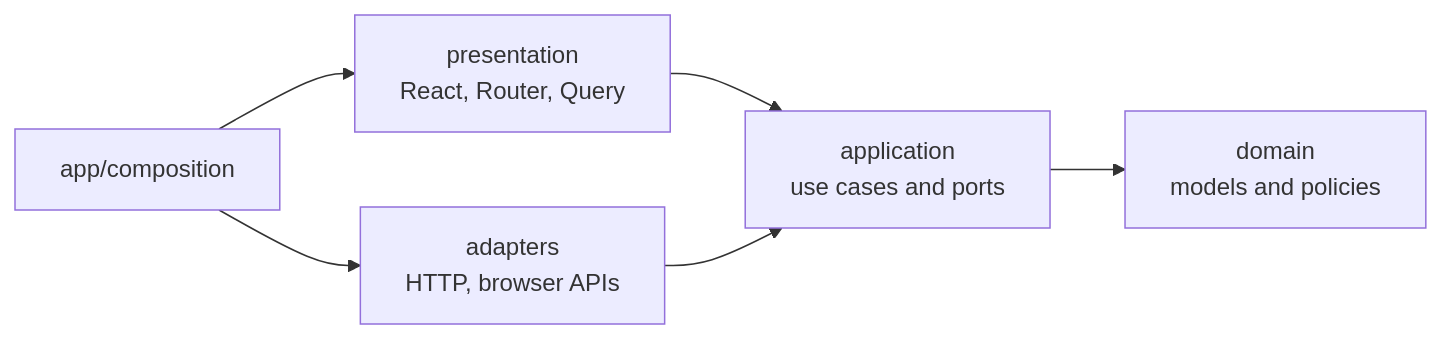
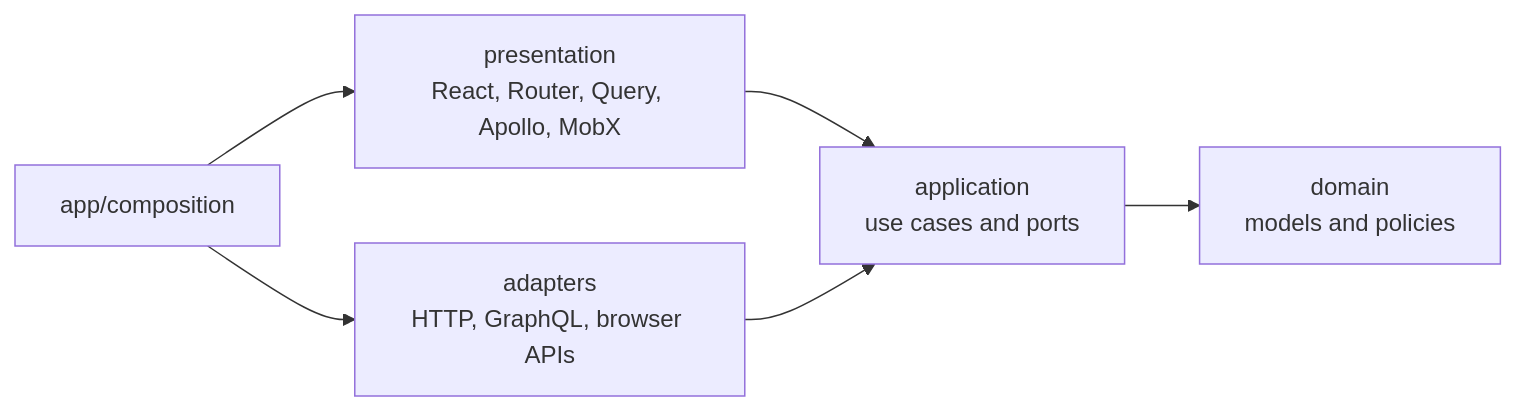
One commit to auauwolff/TaskFlow changed the second of 2 diagrams in README.md. Above: the diagram before and after it, drawn with Mermaid. The commit also changed other lines of this file and 42 other files, not shown here.

First line of the commit message:
Refactor tasks feature to use GraphQL and remove legacy HTTP gateway

````diff
--- a/README.md
+++ b/README.md
@@ -64,8 +64,8 @@
 ```mermaid
 flowchart LR
-    Composition[app/composition] --> Presentation[presentation<br/>React, Router, Query]
-    Composition --> Adapters[adapters<br/>HTTP, browser APIs]
+    Composition[app/composition] --> Presentation[presentation<br/>React, Router, Query, Apollo, MobX]
+    Composition --> Adapters[adapters<br/>HTTP, GraphQL, browser APIs]
     Presentation --> Application[application<br/>use cases and ports]
     Adapters --> Application
     Application --> Domain[domain<br/>models and policies]
 ```
````
